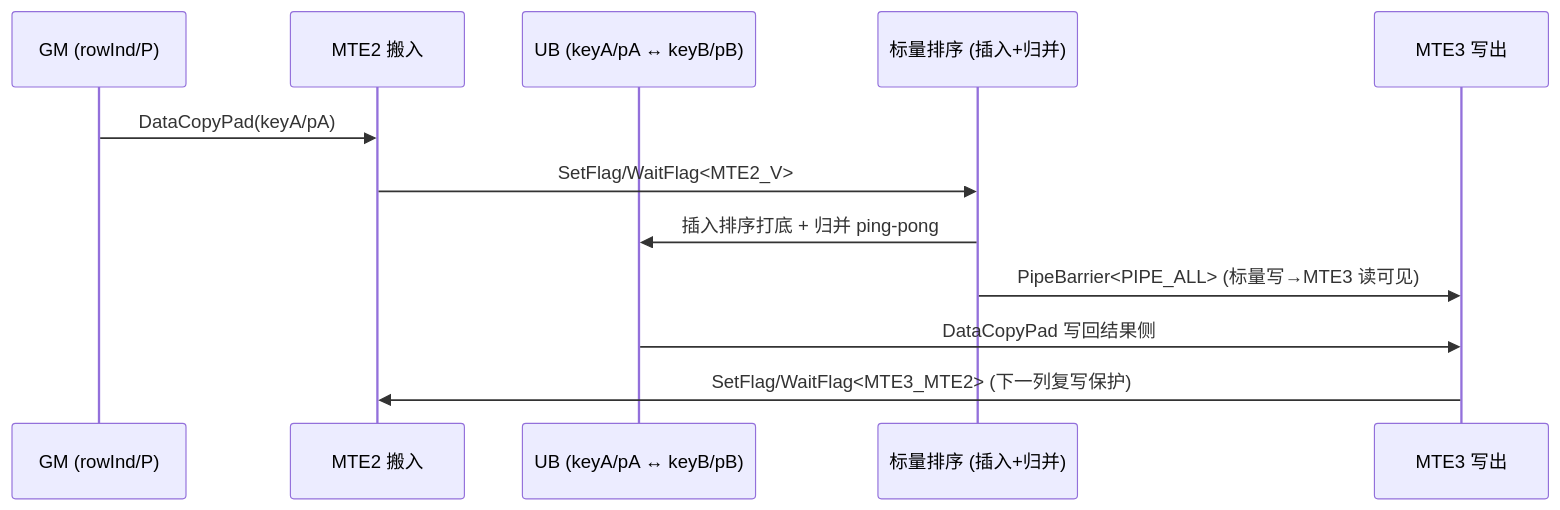
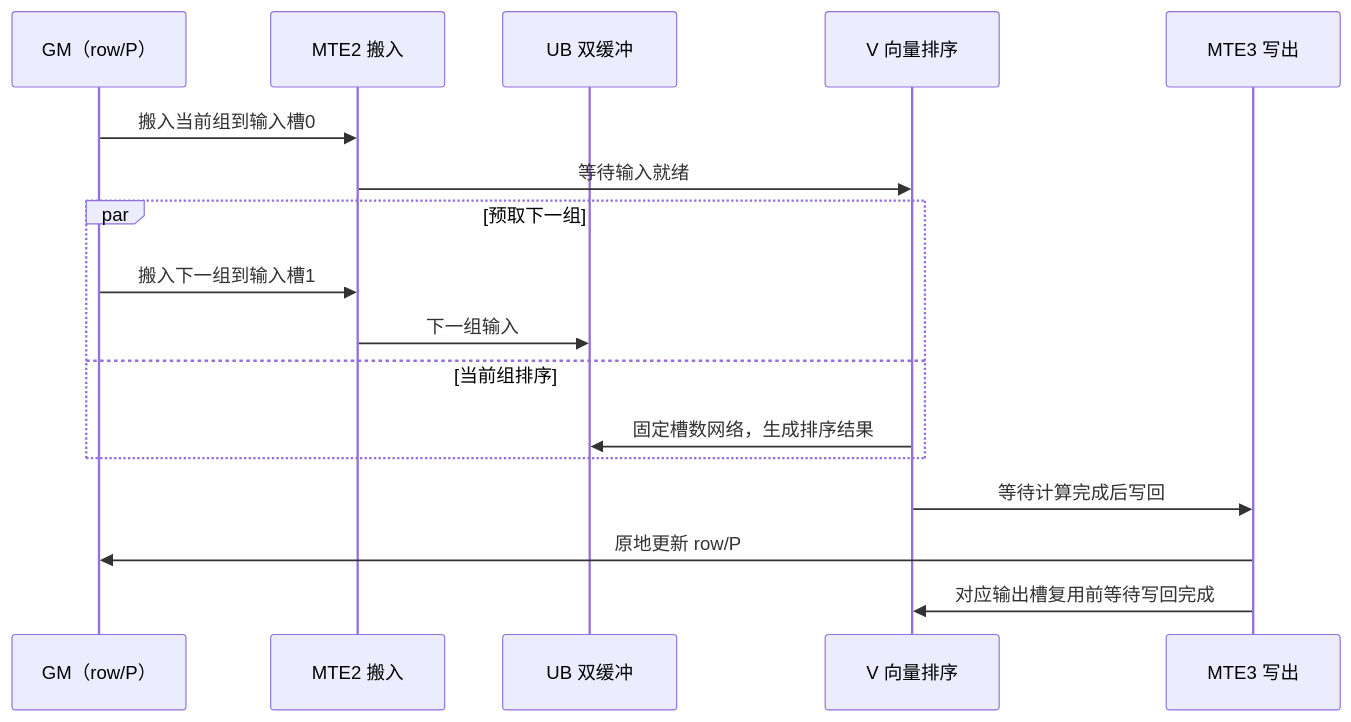
The third of 4 diagrams in 04_tasks/01_community-task-2026/tasklist/09-8-aclsparseXcscsort-A2A3/nuggets/docs/design.md (hicann/cann-ops-competitions), drawn with Mermaid before and after one commit. The commit also changed other lines of this file, not shown here.

````diff
--- a/04_tasks/01_community-task-2026/tasklist/09-8-aclsparseXcscsort-A2A3/nuggets/docs/design.md
+++ b/04_tasks/01_community-task-2026/tasklist/09-8-aclsparseXcscsort-A2A3/nuggets/docs/design.md
@@ -220,14 +184,19 @@
 ```mermaid
 sequenceDiagram
-    participant GM as GM (rowInd/P)
-    participant MTE2 as MTE2 搬入
-    participant UB as UB (keyA/pA ↔ keyB/pB)
-    participant S as 标量排序 (插入+归并)
-    participant MTE3 as MTE3 写出
-    GM->>MTE2: DataCopyPad(keyA/pA)
-    MTE2->>S: SetFlag/WaitFlag<MTE2_V>
-    S->>UB: 插入排序打底 + 归并 ping-pong
-    S->>MTE3: PipeBarrier<PIPE_ALL> (标量写→MTE3 读可见)
-    UB->>MTE3: DataCopyPad 写回结果侧
-    MTE3->>MTE2: SetFlag/WaitFlag<MTE3_MTE2> (下一列复写保护)
+    participant GM as GM（row/P）
+    participant M2 as MTE2 搬入
+    participant UB as UB 双缓冲
+    participant V as V 向量排序
+    participant M3 as MTE3 写出
+    GM->>M2: 搬入当前组到输入槽0
+    M2->>V: 等待输入就绪
+    par 预取下一组
+        GM->>M2: 搬入下一组到输入槽1
+        M2->>UB: 下一组输入
+    and 当前组排序
+        V->>UB: 固定槽数网络，生成排序结果
+    end
+    V->>M3: 等待计算完成后写回
+    M3->>GM: 原地更新 row/P
+    M3->>V: 对应输出槽复用前等待写回完成
 ```
````
